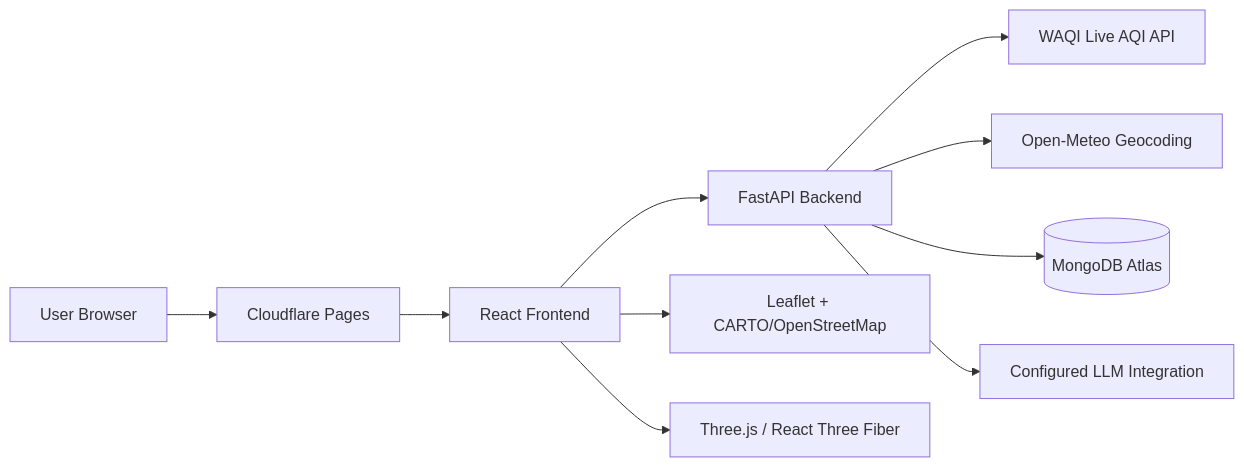
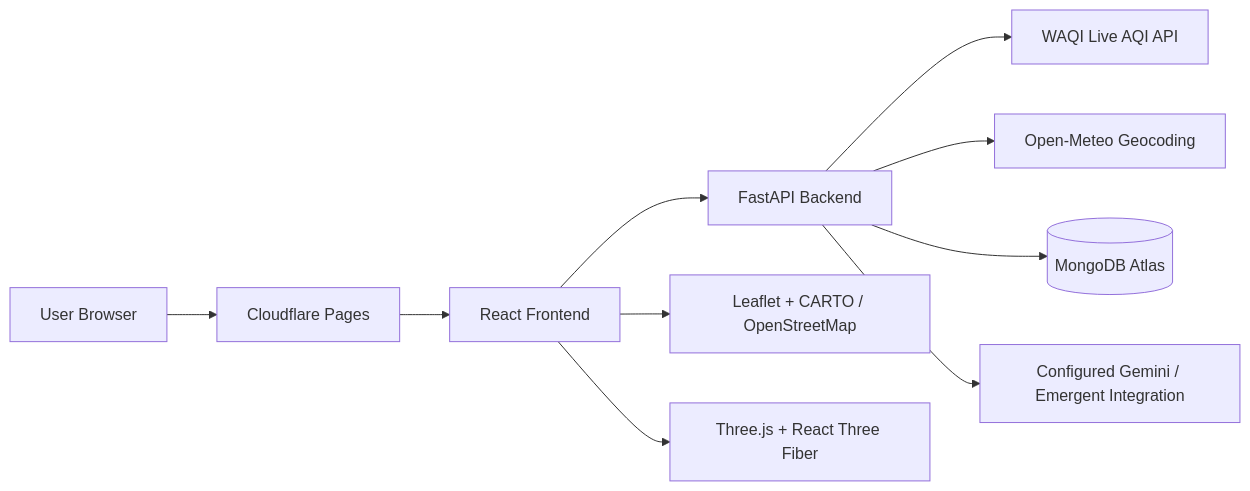
The diagram in README.md (pranavreddy1721/oxyzen), drawn with Mermaid before and after one commit. The commit also changed other lines of this file, not shown here.

````diff
--- a/README.md
+++ b/README.md
@@ -290,12 +607,14 @@
 ```mermaid
 flowchart LR
     U[User Browser] --> CF[Cloudflare Pages]
     CF --> FE[React Frontend]
     FE --> API[FastAPI Backend]
+
     API --> WAQI[WAQI Live AQI API]
     API --> GEO[Open-Meteo Geocoding]
     API --> DB[(MongoDB Atlas)]
-    API --> AI[Configured LLM Integration]
-    FE --> MAP[Leaflet + CARTO/OpenStreetMap]
-    FE --> GLOBE[Three.js / React Three Fiber]
+    API --> AI[Configured Gemini / Emergent Integration]
+
+    FE --> MAP[Leaflet + CARTO / OpenStreetMap]
+    FE --> GLOBE[Three.js + React Three Fiber]
 ```
````
